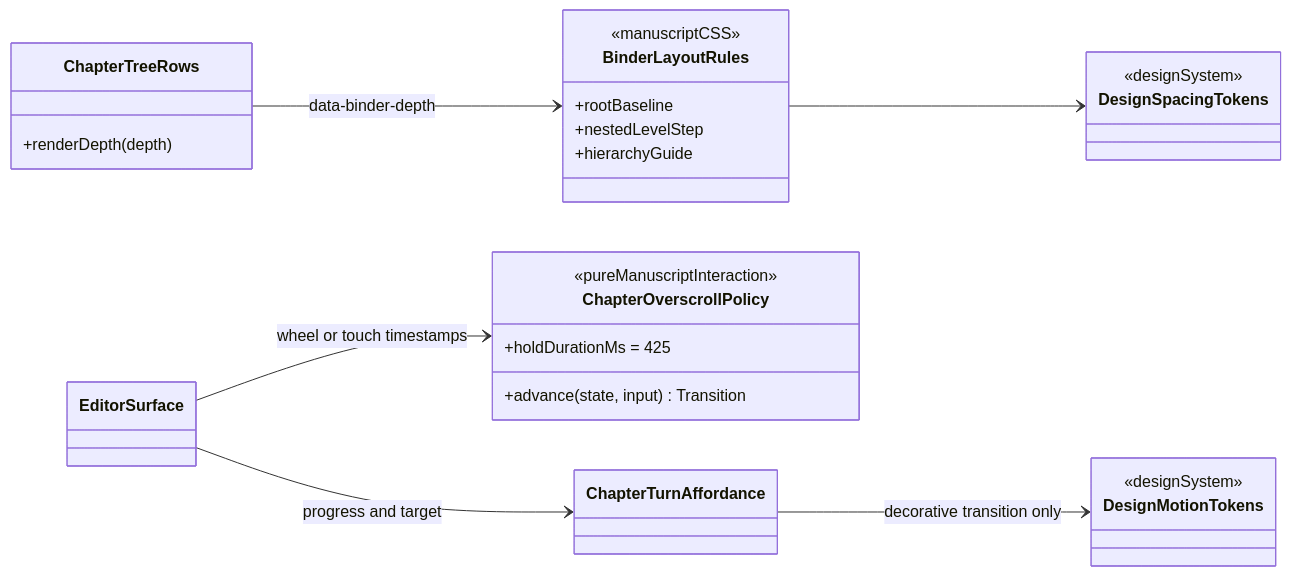
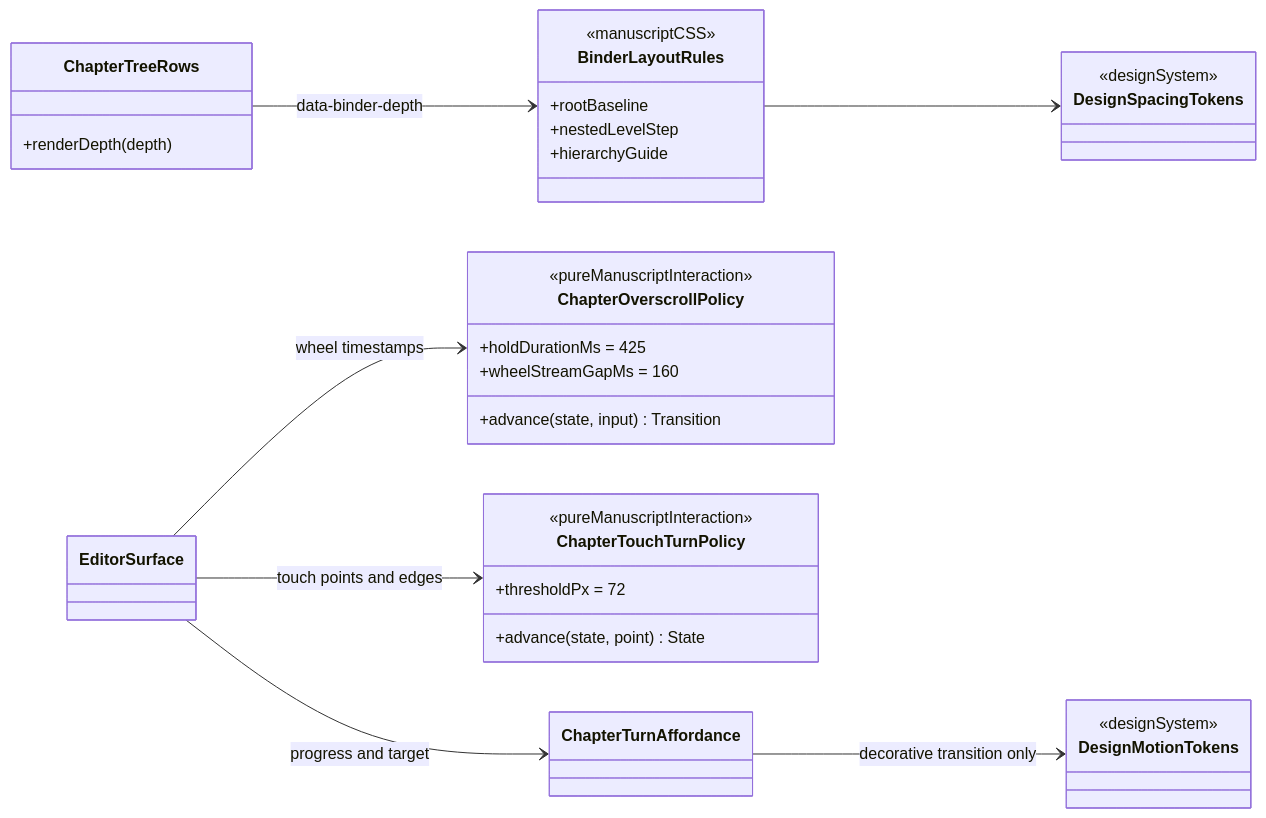
Before and after one commit to Tim3399/quiltor: the fourth of 10 diagrams in docs/architecture/views/client-runtime.md, drawn with Mermaid. The commit also changed other lines of this file and 41 other files, not shown here.

````diff
--- a/docs/architecture/views/client-runtime.md
+++ b/docs/architecture/views/client-runtime.md
@@ -358,37 +358,45 @@
 ```mermaid
 classDiagram
 direction LR
 
 class ChapterTreeRows {
   +renderDepth(depth)
 }
 
 class BinderLayoutRules {
   <<manuscriptCSS>>
   +rootBaseline
   +nestedLevelStep
   +hierarchyGuide
 }
 
 class DesignSpacingTokens {
   <<designSystem>>
 }
 
 class ChapterOverscrollPolicy {
   <<pureManuscriptInteraction>>
   +holdDurationMs = 425
+  +wheelStreamGapMs = 160
   +advance(state, input) Transition
+}
+
+class ChapterTouchTurnPolicy {
+  <<pureManuscriptInteraction>>
+  +thresholdPx = 72
+  +advance(state, point) State
 }
 
 class EditorSurface
 class ChapterTurnAffordance
 class DesignMotionTokens {
   <<designSystem>>
 }
 
 ChapterTreeRows --> BinderLayoutRules : data-binder-depth
 BinderLayoutRules --> DesignSpacingTokens
-EditorSurface --> ChapterOverscrollPolicy : wheel or touch timestamps
+EditorSurface --> ChapterOverscrollPolicy : wheel timestamps
+EditorSurface --> ChapterTouchTurnPolicy : touch points and edges
 EditorSurface --> ChapterTurnAffordance : progress and target
 ChapterTurnAffordance --> DesignMotionTokens : decorative transition only
 ```
````
